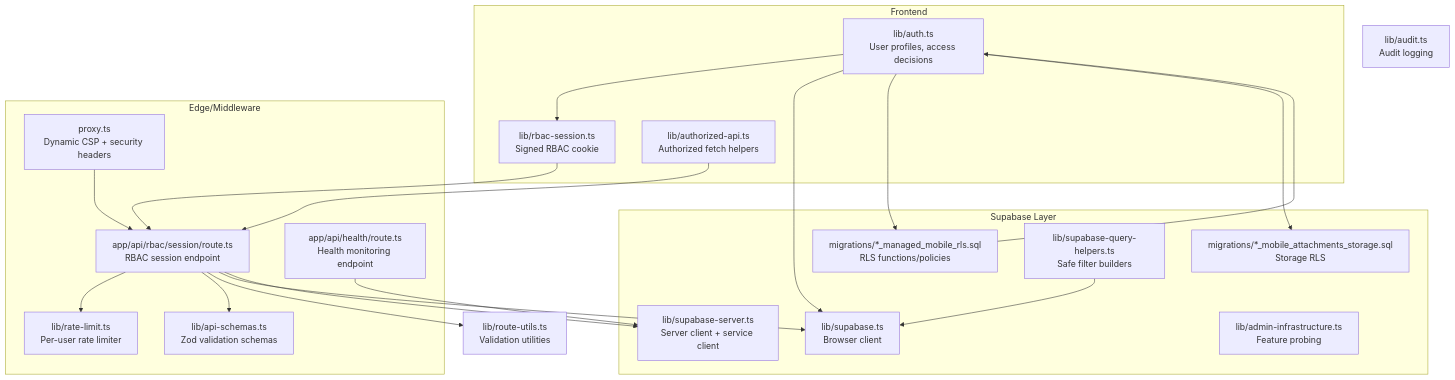
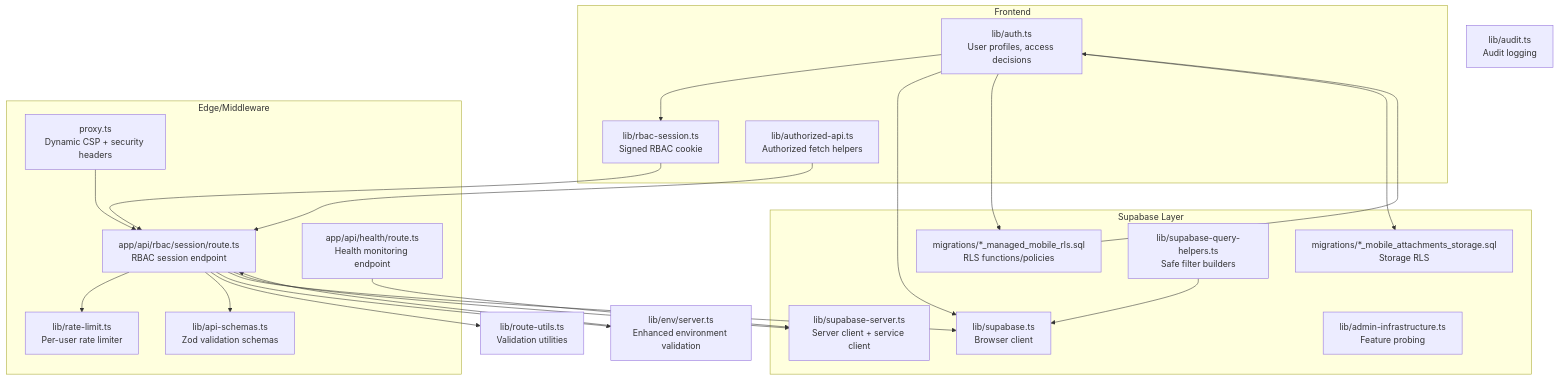
Before and after one commit to mustafaalkusaj/appschoolmustafa2002: the first of 12 diagrams in .qoder/repowiki/en/content/Security Implementation/Security Implementation.md, drawn with Mermaid. The commit also changed other lines of this file and 277 other files, not shown here.

````diff
--- a/.qoder/repowiki/en/content/Security Implementation/Security Implementation.md
+++ b/.qoder/repowiki/en/content/Security Implementation/Security Implementation.md
@@ -62,40 +65,43 @@
 ```mermaid
 graph TB
 subgraph "Frontend"
 A["lib/auth.ts<br/>User profiles, access decisions"]
 B["lib/rbac-session.ts<br/>Signed RBAC cookie"]
 C["lib/authorized-api.ts<br/>Authorized fetch helpers"]
 end
 subgraph "Edge/Middleware"
 D["proxy.ts<br/>Dynamic CSP + security headers"]
 E["app/api/rbac/session/route.ts<br/>RBAC session endpoint"]
 F["lib/rate-limit.ts<br/>Per-user rate limiter"]
 G["lib/api-schemas.ts<br/>Zod validation schemas"]
 H["app/api/health/route.ts<br/>Health monitoring endpoint"]
 end
 subgraph "Supabase Layer"
 I["lib/supabase.ts<br/>Browser client"]
 J["lib/supabase-server.ts<br/>Server client + service client"]
 K["migrations/*_managed_mobile_rls.sql<br/>RLS functions/policies"]
 L["migrations/*_mobile_attachments_storage.sql<br/>Storage RLS"]
 M["lib/admin-infrastructure.ts<br/>Feature probing"]
 N["lib/supabase-query-helpers.ts<br/>Safe filter builders"]
 end
 O["lib/audit.ts<br/>Audit logging"]
 P["lib/route-utils.ts<br/>Validation utilities"]
+Q["lib/env/server.ts<br/>Enhanced environment validation"]
 A --> B
 B --> E
 C --> E
 E --> F
 E --> G
 E --> P
+E --> Q
 A --> I
 E --> I
 E --> J
 A --> K
 A --> L
 N --> I
 K --> A
 D --> E
 H --> J
+Q --> E
 ```
````
